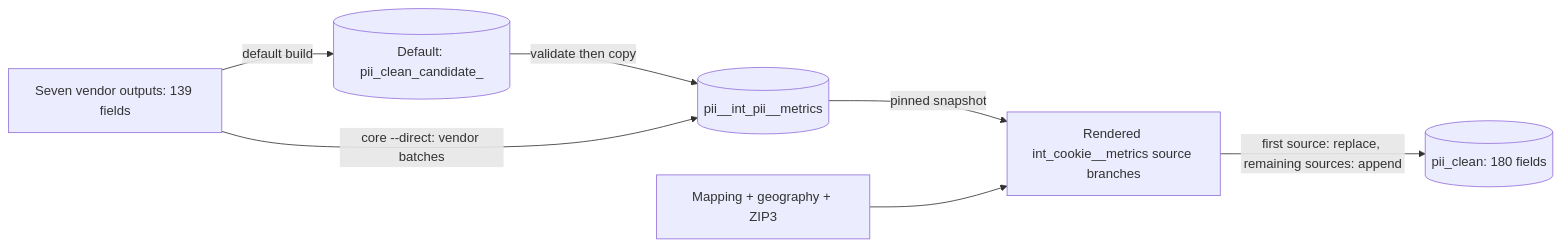
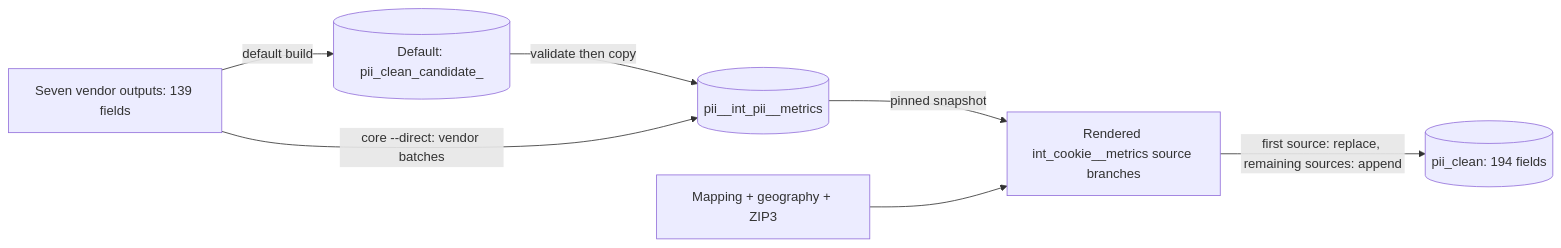
One commit to pp-jteixeira/nscreen-identity-resolution changed the third of 3 diagrams in vendor_quality_measurement/pii_clean/docs/table_dependencies.md. Above: the diagram before and after it, drawn with Mermaid. The commit also changed other lines of this file and 22 other files, not shown here.

````diff
--- a/vendor_quality_measurement/pii_clean/docs/table_dependencies.md
+++ b/vendor_quality_measurement/pii_clean/docs/table_dependencies.md
@@ -136,15 +136,15 @@
 ```mermaid
 flowchart LR
   vendors["Seven vendor outputs: 139 fields"]
   candidate[("Default: pii_clean_candidate_<id>")]
   core[("pii__int_pii__metrics")]
   cookie["Rendered int_cookie__metrics source branches"]
   feeds["Mapping + geography + ZIP3"]
-  final[("pii_clean: 180 fields")]
+  final[("pii_clean: 194 fields")]
   vendors -->|default build| candidate
   candidate -->|validate then copy| core
   vendors -->|core --direct: vendor batches| core
   core -->|pinned snapshot| cookie
   feeds --> cookie
   cookie -->|first source: replace, remaining sources: append| final
 ```
````
